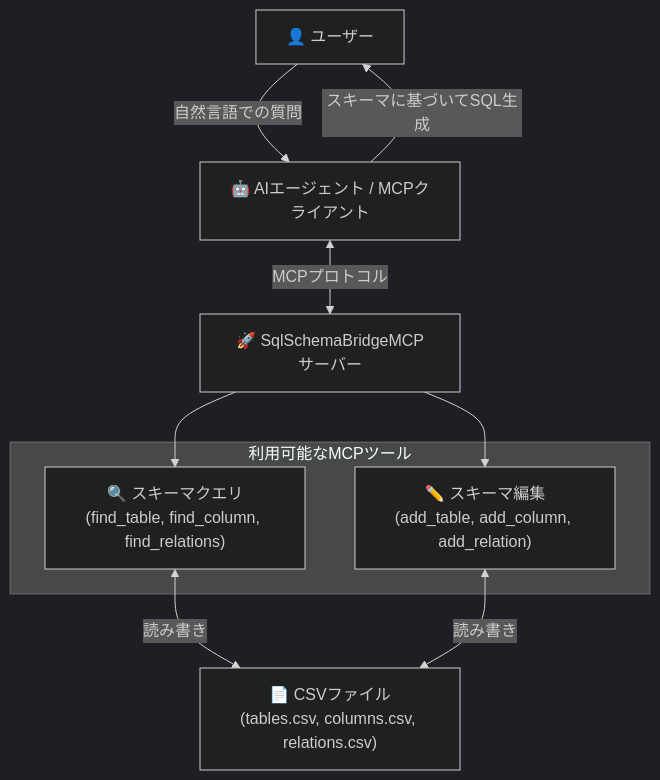
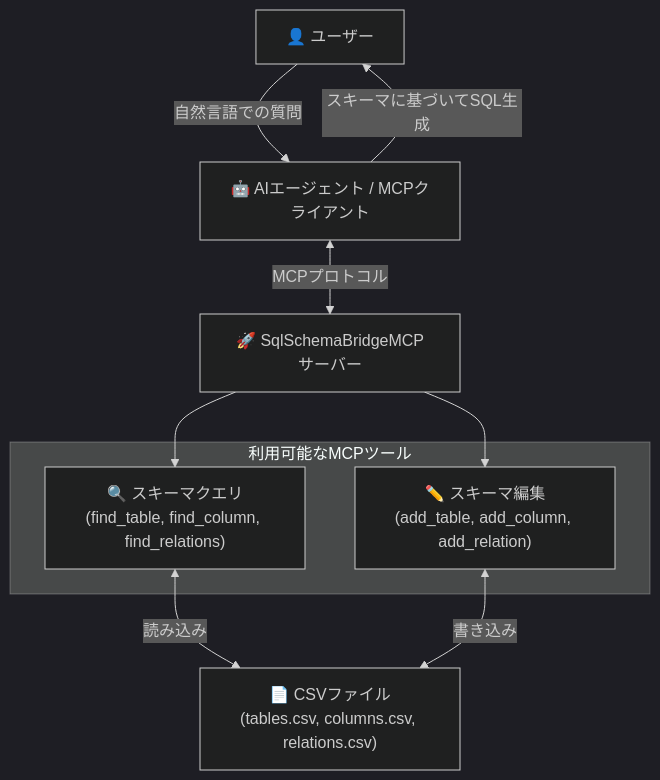
One commit to yt3trees/SqlSchemaBridgeMCP changed the first of 2 diagrams in README.ja.md. Above: the diagram before and after it, drawn with Mermaid (dark theme). The commit also changed other lines of this file and 1 other file, not shown here.

````diff
--- a/README.ja.md
+++ b/README.ja.md
@@ -5,21 +5,21 @@
 ```mermaid
 graph TB
     User["👤 ユーザー"]
     Agent["🤖 AIエージェント / MCPクライアント"]
     Server["🚀 SqlSchemaBridgeMCPサーバー"]
     CSVFiles["📄 CSVファイル<br/>(tables.csv, columns.csv, relations.csv)"]
 
     subgraph "利用可能なMCPツール"
         QueryTools["🔍 スキーマクエリ<br/>(find_table, find_column, find_relations)"]
         EditTools["✏️ スキーマ編集<br/>(add_table, add_column, add_relation)"]
     end
 
     %% メインフロー
     User -->|"自然言語での質問"| Agent
     Agent <-->|"MCPプロトコル"| Server
     Server --> QueryTools
     Server --> EditTools
-    QueryTools <-->|"読み書き"| CSVFiles
-    EditTools <-->|"読み書き"| CSVFiles
+    QueryTools <-->|"読み込み"| CSVFiles
+    EditTools <-->|"書き込み"| CSVFiles
     Agent -->|"スキーマに基づいてSQL生成"| User
 ```
````
